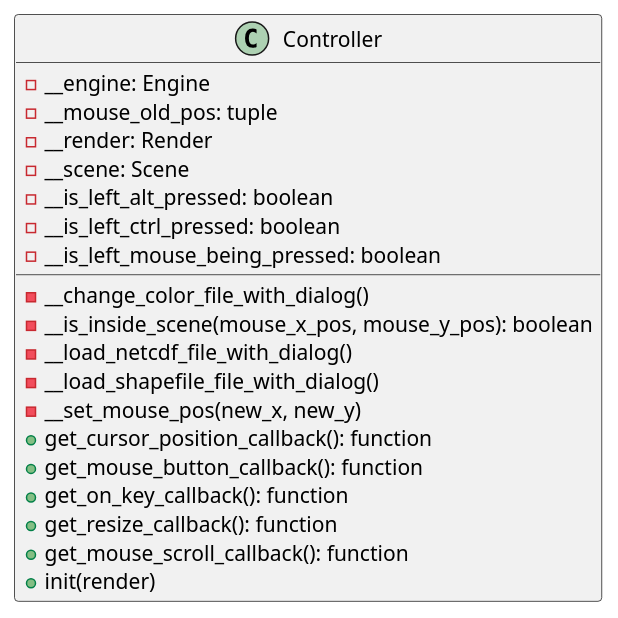
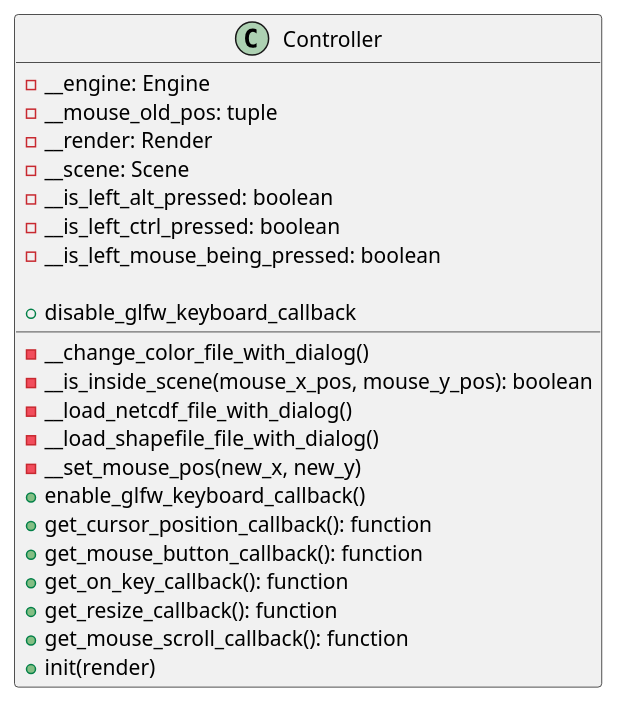
One commit to ferpoble2/Relief_Creator changed the diagram in docs/classes/Controller.puml. Above: the diagram before and after it, drawn with PlantUML. The commit also changed 1 other file, not shown here.

Commit message:
Added functionality to deactivate the glfw key logic and only use the imgui logic.

```diff
--- a/docs/classes/Controller.puml
+++ b/docs/classes/Controller.puml
@@ -1,23 +1,25 @@
 @startuml
 class Controller {
     - __engine: Engine
     - __mouse_old_pos: tuple
     - __render: Render
     - __scene: Scene
     - __is_left_alt_pressed: boolean
     - __is_left_ctrl_pressed: boolean
     - __is_left_mouse_being_pressed: boolean
 
     - __change_color_file_with_dialog()
     - __is_inside_scene(mouse_x_pos, mouse_y_pos): boolean
     - __load_netcdf_file_with_dialog()
     - __load_shapefile_file_with_dialog()
     - __set_mouse_pos(new_x, new_y)
+    + enable_glfw_keyboard_callback()
+    + disable_glfw_keyboard_callback
     + get_cursor_position_callback(): function
     + get_mouse_button_callback(): function
     + get_on_key_callback(): function
     + get_resize_callback(): function
     + get_mouse_scroll_callback(): function
     + init(render)
 }
 @enduml
```
